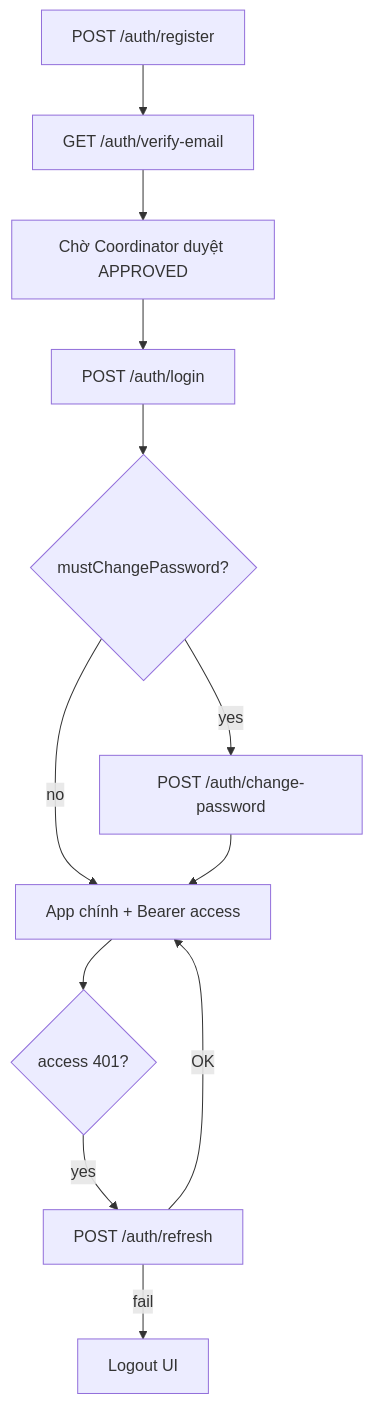
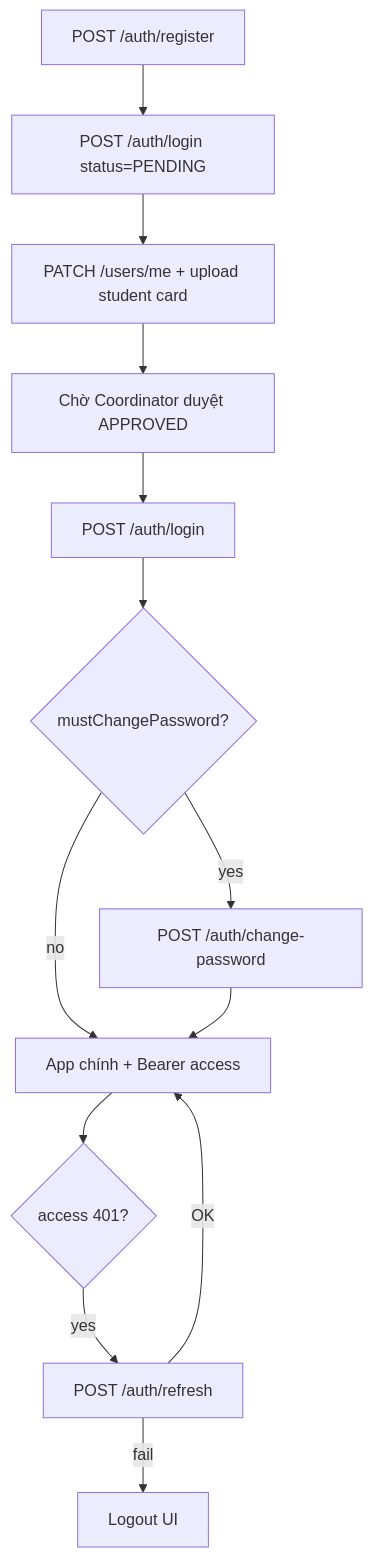
The second of 2 diagrams in docs/mf02/fe-auth-integration.md (MANAGEMENT-SEAL-HACKATHON/BE), drawn with Mermaid before and after one commit. The commit also changed other lines of this file and 34 other files, not shown here.

Commit message:
update flow register to coordinator approve

````diff
--- a/docs/mf02/fe-auth-integration.md
+++ b/docs/mf02/fe-auth-integration.md
@@ -502,14 +499,15 @@
 ```mermaid
 flowchart TD
-    A[POST /auth/register] --> B[GET /auth/verify-email]
-    B --> C[Chờ Coordinator duyệt APPROVED]
-    C --> D[POST /auth/login]
-    D --> E{mustChangePassword?}
-    E -->|yes| F[POST /auth/change-password]
-    E -->|no| G[App chính + Bearer access]
-    F --> G
-    G --> H{access 401?}
-    H -->|yes| I[POST /auth/refresh]
-    I -->|OK| G
-    I -->|fail| J[Logout UI]
+    A[POST /auth/register] --> C[POST /auth/login status=PENDING]
+    C --> D[PATCH /users/me + upload student card]
+    D --> E[Chờ Coordinator duyệt APPROVED]
+    E --> F[POST /auth/login]
+    F --> G{mustChangePassword?}
+    G -->|yes| H[POST /auth/change-password]
+    G -->|no| I[App chính + Bearer access]
+    H --> I
+    I --> J{access 401?}
+    J -->|yes| K[POST /auth/refresh]
+    K -->|OK| I
+    K -->|fail| L[Logout UI]
 ```
````
